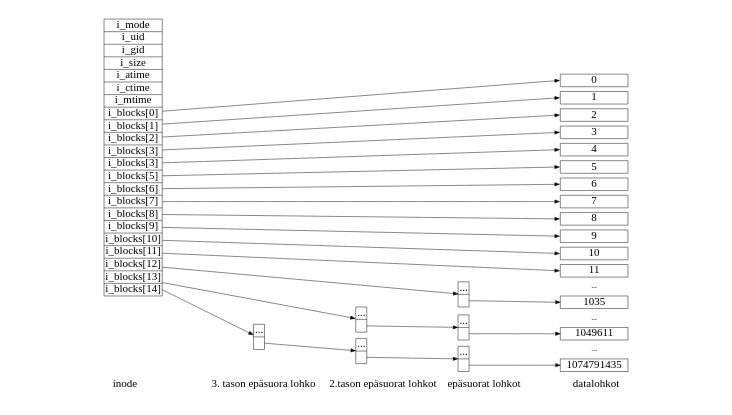
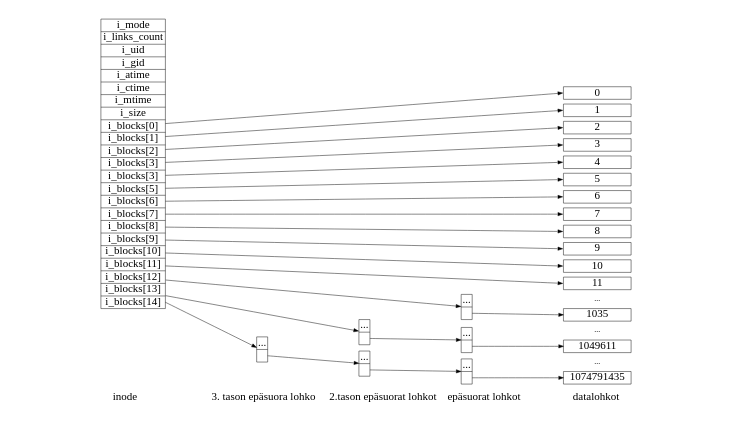
Before and after one commit to dezgeg/gradu: the diagram in gfx/ext2-blocks.dot, drawn with Graphviz. The commit also changed 2 other files, not shown here.

```diff
--- a/gfx/ext2-blocks.dot
+++ b/gfx/ext2-blocks.dot
@@ -1,115 +1,115 @@
 digraph ext2 {
     graph[fontsize=7,labeljust="l"];
     label="inode                           3. tason epäsuora lohko     2.tason epäsuorat lohkot    epäsuorat lohkot                   datalohkot";
     splines = false;
     rankdir = LR;
     nodesep = 0.04;
     ranksep = 0.8;
     node[fontsize=7,width=0.0,height=0.0,margin=0.0,penwidth=0.3];
     size = "0.0,0.0";
     edge[arrowsize=0.3,penwidth=0.3];
 
     // Group 1: Inode
     subgraph {
         rank = same;
-        inode [shape=record,fontname="Ubuntu Mono",label="i_mode|i_uid|i_gid|i_size|i_atime|i_ctime|i_mtime|<b0>i_blocks[0]|<b1>i_blocks[1]|<b2>i_blocks[2]|<b3>i_blocks[3]|<b4>i_blocks[3]|<b5>i_blocks[5]|<b6>i_blocks[6]|<b7>i_blocks[7]|<b8>i_blocks[8]|<b9>i_blocks[9]|<b10>i_blocks[10]|<b11>i_blocks[11]|<idp1>i_blocks[12]|<idp2>i_blocks[13]|<idp3>i_blocks[14]"];
+        inode [shape=record,fontname="Ubuntu Mono",label="i_mode|i_links_count|i_uid|i_gid|i_atime|i_ctime|i_mtime|i_size|<b0>i_blocks[0]|<b1>i_blocks[1]|<b2>i_blocks[2]|<b3>i_blocks[3]|<b4>i_blocks[3]|<b5>i_blocks[5]|<b6>i_blocks[6]|<b7>i_blocks[7]|<b8>i_blocks[8]|<b9>i_blocks[9]|<b10>i_blocks[10]|<b11>i_blocks[11]|<idp1>i_blocks[12]|<idp2>i_blocks[13]|<idp3>i_blocks[14]"];
     }
 
     // Group 2: Triply indirect blocks
     subgraph {
         rank = same;
         idb3 [shape=record,label="...|<last>"];
     }
 
     // Group 3: Doubly indirect blocks
     subgraph {
         rank = same;
         idb2_2id [shape=record,label="...|<last>"];
         idb2_3id [shape=record,label="...|<last>"];
     }
 
     // Group 4: Indirect blocks
     subgraph {
         rank = same;
         idb1_1id [shape=record,label="...|<last>"];
         idb1_2id [shape=record,label="...|<last>"];
         idb1_3id [shape=record,label="...|<last>"];
     }
 
     // Group 5: Data blocks
     subgraph {
         rank = same;
         node[fontname="Ubuntu Mono",width=0.6,height=0.0,margin=0.00];
         b_d_0 [shape=box,label="0"];
         b_d_1 [shape=box,label="1"];
         b_d_2 [shape=box,label="2"];
         b_d_3 [shape=box,label="3"];
         b_d_4 [shape=box,label="4"];
         b_d_5 [shape=box,label="5"];
         b_d_6 [shape=box,label="6"];
         b_d_7 [shape=box,label="7"];
         b_d_8 [shape=box,label="8"];
         b_d_9 [shape=box,label="9"];
         b_d_10 [shape=box,label="10"];
         b_d_11 [shape=box,label="11"];
 
         b_dots_1 [shape=plaintext,fontsize=5,label="..."];
 
         b_1id [shape=box,label="1035"];
 
         b_dots_2 [shape=plaintext,fontsize=5,label="..."];
 
         b_2id [shape=box,label="1049611"];
 
         b_dots_3 [shape=plaintext,fontsize=5,label="..."];
 
         b_3id [shape=box,label="1074791435"];
     }
 
     // inode -> triply indirect block connections
     inode:idp3 -> idb3;
 
     // inode -> doubly indirect block connections
     inode:idp2 -> idb2_2id;
 
     // inode -> indirect block connections
     inode:idp1 -> idb1_1id;
 
     // inode -> direct block connections
     inode:b0 -> b_d_0:w;
     inode:b1 -> b_d_1:w;
     inode:b2 -> b_d_2:w;
     inode:b3 -> b_d_3:w;
     inode:b4 -> b_d_4:w;
     inode:b5 -> b_d_5:w;
     inode:b6 -> b_d_6:w;
     inode:b7 -> b_d_7:w;
     inode:b8 -> b_d_8:w;
     inode:b9 -> b_d_9:w;
     inode:b10 -> b_d_10:w;
     inode:b11 -> b_d_11:w;
 
     // triply indirect block -> doubly indirect block connections
     idb3:last -> idb2_3id;
 
     // doubly indirect block -> indirect block connections
     idb2_2id:last -> idb1_2id;
     idb2_3id:last -> idb1_3id;
 
     // 1st indirect block -> direct block connections
     idb1_1id:last -> b_1id:w;
     idb1_2id:last -> b_2id:w;
     idb1_3id:last -> b_3id:w;
 
     // retarded crap
     b_d_4:s   -> b_d_5:n   [style=invis];
     b_d_5:s   -> b_d_6:n   [style=invis];
     b_d_6:s   -> b_d_7:n   [style=invis];
 
     b_d_11:s   -> b_dots_1:n   [style=invis];
     b_dots_1:s   -> b_1id:n    [style=invis];
     b_1id:s   -> b_dots_2:n    [style=invis];
     b_dots_2:s   -> b_2id:n    [style=invis];
     b_2id:s   -> b_dots_3:n    [style=invis];
     b_dots_3:n -> b_3id:n [style=invis];
 }
```
